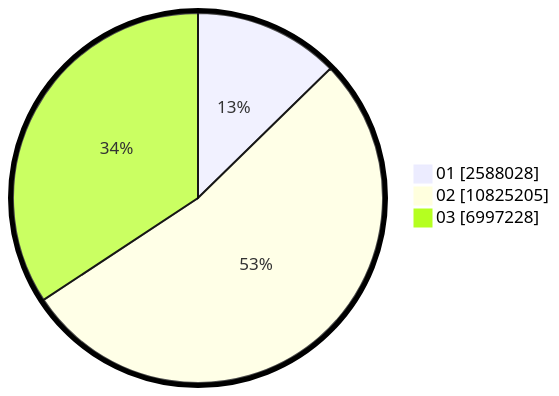
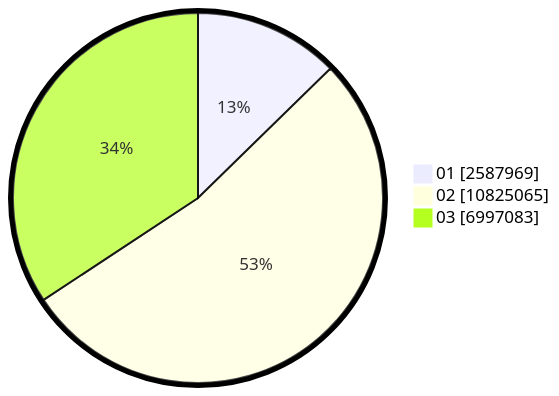
One commit to gigit-pemilu/pemilu-2024 changed the second of 2 diagrams in pilpres/hitung-suara/sub/table-wilayah-33.md. Above: the diagram before and after it, drawn with Mermaid. The commit also changed other lines of this file and 9 other files, not shown here.

````diff
--- a/pilpres/hitung-suara/sub/table-wilayah-33.md
+++ b/pilpres/hitung-suara/sub/table-wilayah-33.md
@@ -15,7 +15,7 @@
 ```mermaid
 %%{init: {"pie": {"textPosition": 0.5}, "themeVariables": {"pieOuterStrokeWidth": "5px"}} }%%
 pie showData
-    "01" : 2588028
-    "02" : 10825205
-    "03" : 6997228
+    "01" : 2587969
+    "02" : 10825065
+    "03" : 6997083
 ```
````
